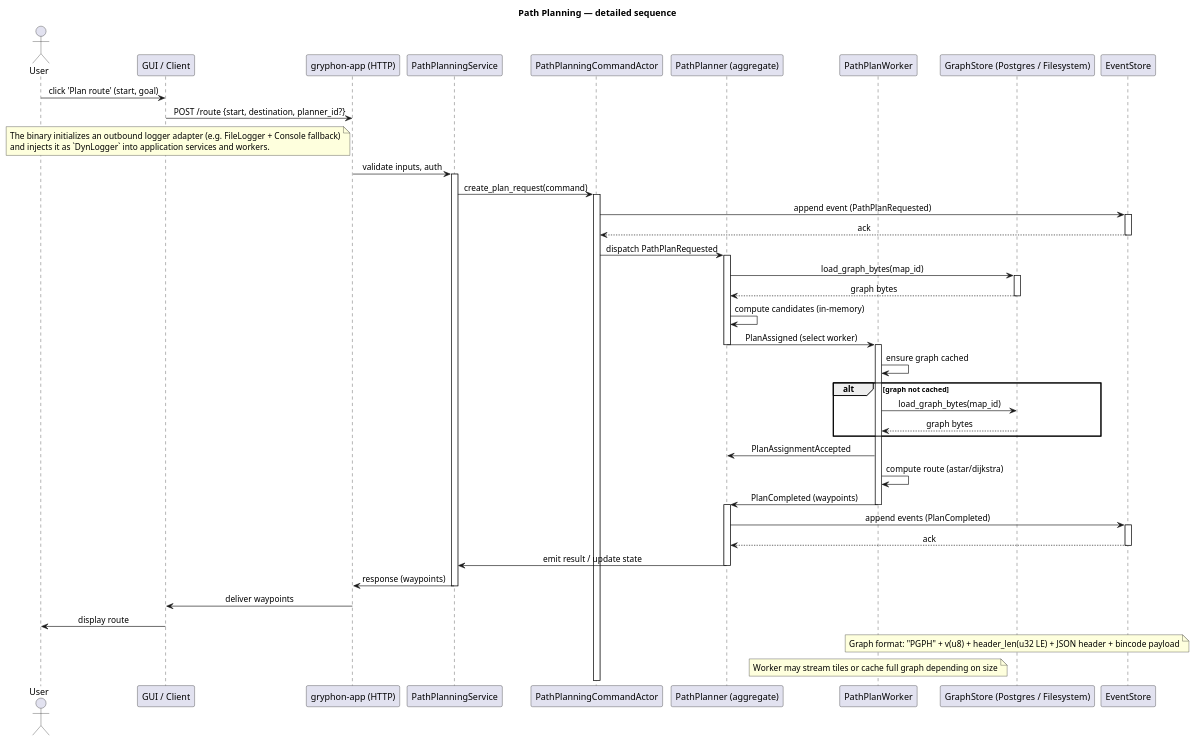
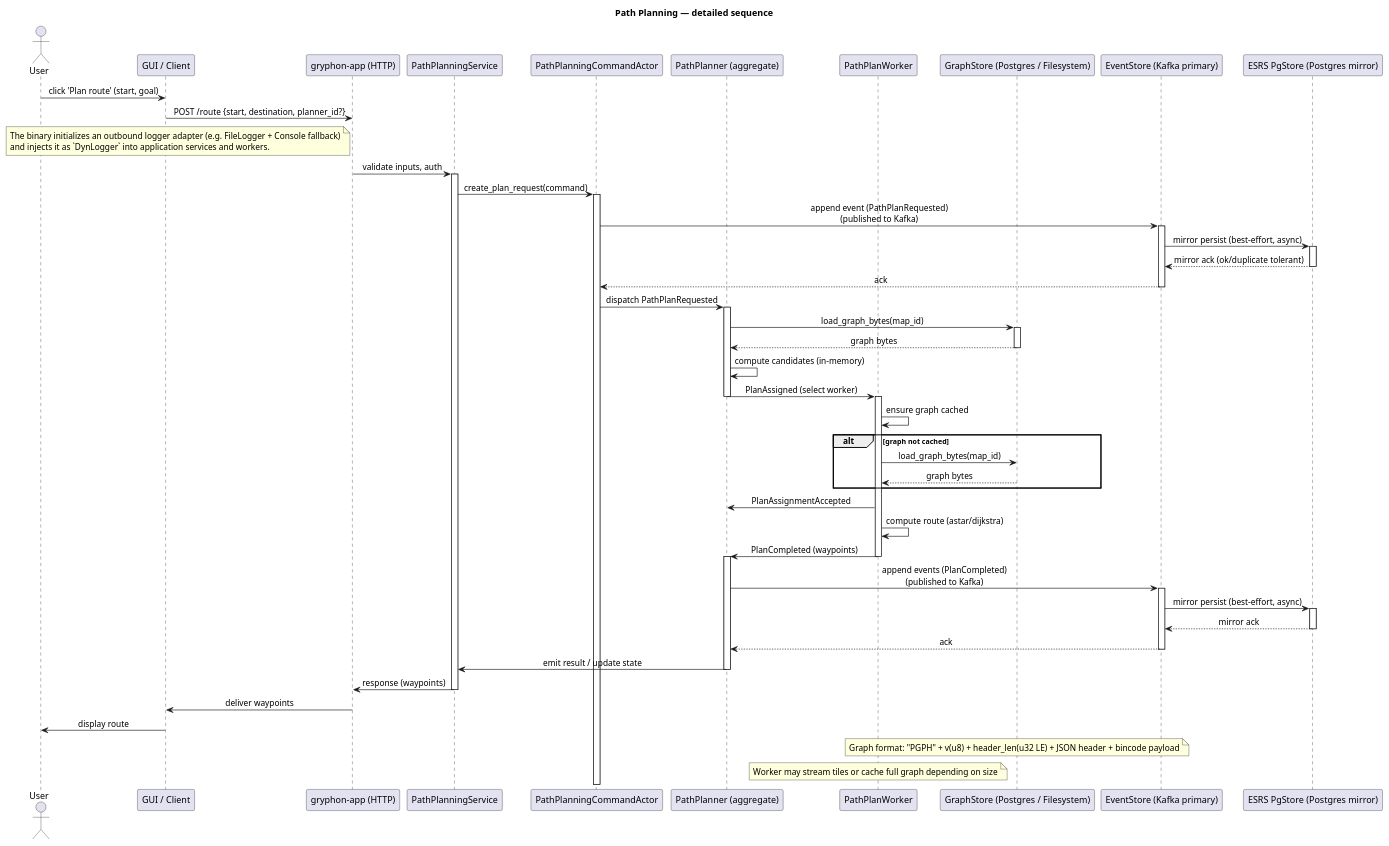
The diagram in docs/diagrams/path_planning_sequence_detailed.puml (eikeschumann971/gryphon-app), drawn with PlantUML before and after one commit. The commit also changed 12 other files, not shown here.

Commit message:
docs: update README and diagrams to reflect ESRS PgStore integration and operational details

```diff
--- a/docs/diagrams/path_planning_sequence_detailed.puml
+++ b/docs/diagrams/path_planning_sequence_detailed.puml
@@ -1,66 +1,75 @@
 @startuml
 title Path Planning — detailed sequence
 skinparam sequenceMessageAlign center
 actor User
 participant GUI as "GUI / Client"
 participant API as "gryphon-app (HTTP)"
 participant Service as "PathPlanningService"
 participant CommandActor as "PathPlanningCommandActor"
 participant Planner as "PathPlanner (aggregate)"
 participant Worker as "PathPlanWorker"
 participant GraphStore as "GraphStore (Postgres / Filesystem)"
-participant EventStore as "EventStore"
+participant EventStore as "EventStore (Kafka primary)"
+participant EsrsStore as "ESRS PgStore (Postgres mirror)"
 
 User -> GUI: click 'Plan route' (start, goal)
 GUI -> API: POST /route {start, destination, planner_id?}
 note left of API
   The binary initializes an outbound logger adapter (e.g. FileLogger + Console fallback)
   and injects it as `DynLogger` into application services and workers.
 end note
 API -> Service: validate inputs, auth
 activate Service
 Service -> CommandActor: create_plan_request(command)
 activate CommandActor
-CommandActor -> EventStore: append event (PathPlanRequested)
+CommandActor -> EventStore: append event (PathPlanRequested)\n(published to Kafka)
 activate EventStore
+EventStore -> EsrsStore: mirror persist (best-effort, async)
+activate EsrsStore
+EsrsStore --> EventStore: mirror ack (ok/duplicate tolerant)
+deactivate EsrsStore
 EventStore --> CommandActor: ack
 deactivate EventStore
 
 CommandActor -> Planner: dispatch PathPlanRequested
 activate Planner
 Planner -> GraphStore: load_graph_bytes(map_id)
 activate GraphStore
 GraphStore --> Planner: graph bytes
 deactivate GraphStore
 Planner -> Planner: compute candidates (in-memory)
 Planner -> Worker: PlanAssigned (select worker)
 deactivate Planner
 
 activate Worker
 Worker -> Worker: ensure graph cached
 alt graph not cached
   Worker -> GraphStore: load_graph_bytes(map_id)
   GraphStore --> Worker: graph bytes
 end
 Worker -> Planner: PlanAssignmentAccepted
 Worker -> Worker: compute route (astar/dijkstra)
 Worker -> Planner: PlanCompleted (waypoints)
 deactivate Worker
 
 activate Planner
-Planner -> EventStore: append events (PlanCompleted)
+Planner -> EventStore: append events (PlanCompleted)\n(published to Kafka)
 activate EventStore
+EventStore -> EsrsStore: mirror persist (best-effort, async)
+activate EsrsStore
+EsrsStore --> EventStore: mirror ack
+deactivate EsrsStore
 EventStore --> Planner: ack
 deactivate EventStore
 Planner -> Service: emit result / update state
 deactivate Planner
 
 Service -> API: response (waypoints)
 deactivate Service
 API -> GUI: deliver waypoints
 GUI -> User: display route
 
 note over GraphStore: Graph format: "PGPH" + v(u8) + header_len(u32 LE) + JSON header + bincode payload
 note over Worker: Worker may stream tiles or cache full graph depending on size
 
 @enduml
```
